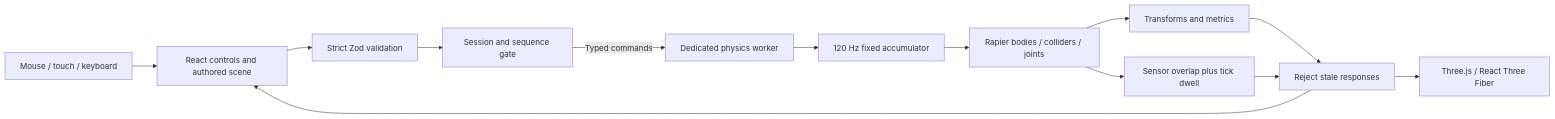
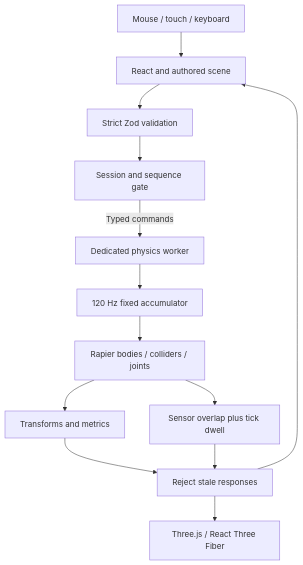
One commit to Sahil-Arifi/kinetic-lab changed the diagram in README.md. Above: the diagram before and after it, drawn with Mermaid. The commit also changed other lines of this file, not shown here.

````diff
--- a/README.md
+++ b/README.md
@@ -47,15 +64,15 @@
 ```mermaid
-flowchart LR
-  Inputs[Mouse / touch / keyboard] --> UI[React controls and authored scene]
+flowchart TD
+  Inputs[Mouse / touch / keyboard] --> UI[React and authored scene]
   UI --> Schema[Strict Zod validation]
   Schema --> Client[Session and sequence gate]
   Client -->|Typed commands| Worker[Dedicated physics worker]
   Worker --> Clock[120 Hz fixed accumulator]
   Clock --> World[Rapier bodies / colliders / joints]
   World --> Sensors[Sensor overlap plus tick dwell]
   World --> Snapshots[Transforms and metrics]
   Snapshots --> Gate[Reject stale responses]
   Sensors --> Gate
   Gate --> Render[Three.js / React Three Fiber]
   Gate --> UI
 ```
````
